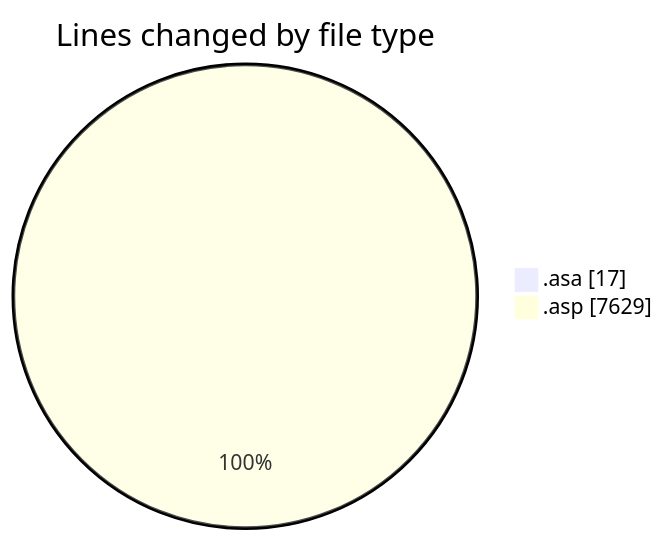
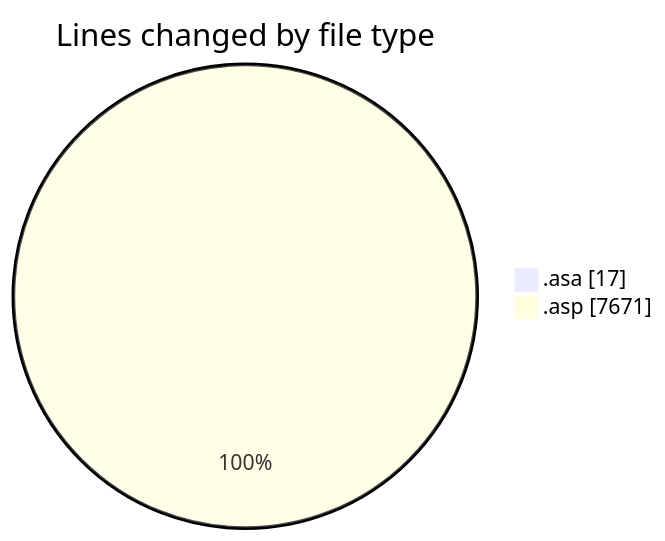
Before and after one commit to julien-gomy/code-tracking: the first of 2 diagrams in 2025-11-06/usr_aleoudev_fr__workspace_/README.md, drawn with Mermaid. The commit also changed other lines of this file and 1 other file, not shown here.

````diff
--- a/2025-11-06/usr_aleoudev_fr__workspace_/README.md
+++ b/2025-11-06/usr_aleoudev_fr__workspace_/README.md
@@ -24,6 +24,6 @@
 ```mermaid
 pie showData
 title Lines changed by file type
 ".asa" : 17
-".asp" : 7629
+".asp" : 7671
 ```
````
